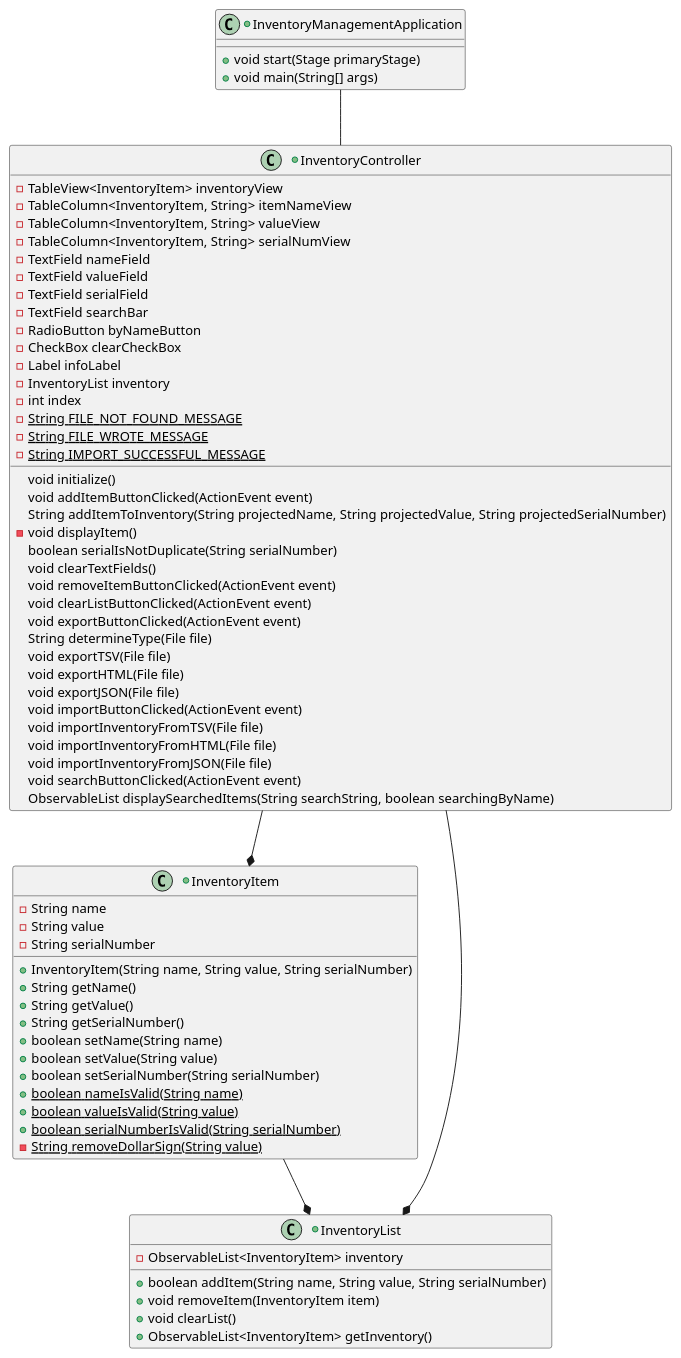
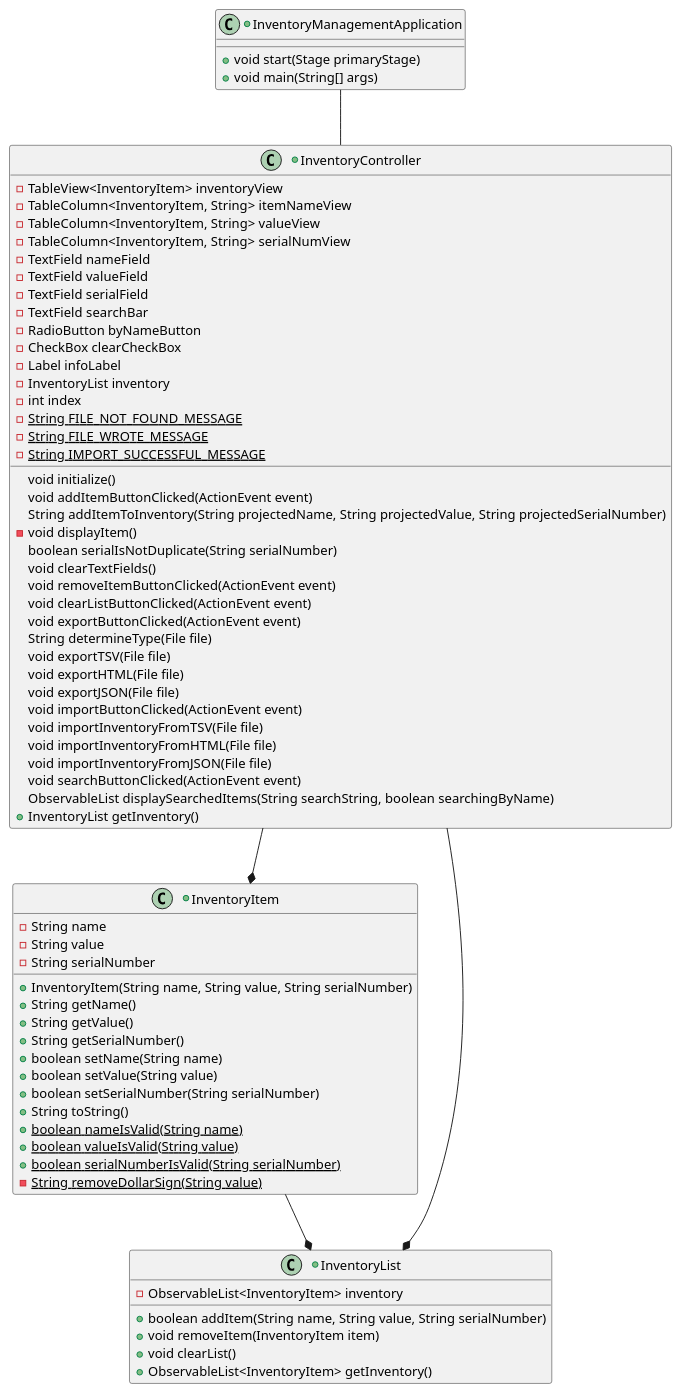
One commit to peteperri/perri-app2 changed the diagram in docs/app2Diagram.puml. Above: the diagram before and after it, drawn with PlantUML. The commit also changed 2 other files, not shown here.

```diff
--- a/docs/app2Diagram.puml
+++ b/docs/app2Diagram.puml
@@ -1,81 +1,82 @@
 @startuml
 'https://plantuml.com/class-diagram
 
 +class InventoryManagementApplication{
 +void start(Stage primaryStage)
 +void main(String[] args)
 }
 
 +class InventoryItem{
 -String name
 -String value
 -String serialNumber
 +InventoryItem(String name, String value, String serialNumber)
 +String getName()
 +String getValue()
 +String getSerialNumber()
 +boolean setName(String name)
 +boolean setValue(String value)
 +boolean setSerialNumber(String serialNumber)
++String toString()
 +{static} boolean nameIsValid(String name)
 +{static} boolean valueIsValid(String value)
 +{static} boolean serialNumberIsValid(String serialNumber)
 -{static} String removeDollarSign(String value)
 }
 
 +class InventoryController{
 -TableView<InventoryItem> inventoryView
 -TableColumn<InventoryItem, String> itemNameView
 -TableColumn<InventoryItem, String> valueView
 -TableColumn<InventoryItem, String> serialNumView
 -TextField nameField
 -TextField valueField
 -TextField serialField
 -TextField searchBar
 -RadioButton byNameButton
 -CheckBox clearCheckBox
 -Label infoLabel
 -InventoryList inventory
 -int index
 -{static} String FILE_NOT_FOUND_MESSAGE
 -{static}  String FILE_WROTE_MESSAGE
 -{static} String IMPORT_SUCCESSFUL_MESSAGE
 
 void initialize()
 void addItemButtonClicked(ActionEvent event)
 String addItemToInventory(String projectedName, String projectedValue, String projectedSerialNumber)
 -void displayItem()
 boolean serialIsNotDuplicate(String serialNumber)
 void clearTextFields()
 void removeItemButtonClicked(ActionEvent event)
 void clearListButtonClicked(ActionEvent event)
 void exportButtonClicked(ActionEvent event)
 String determineType(File file)
 void exportTSV(File file)
 void exportHTML(File file)
 void exportJSON(File file)
 void importButtonClicked(ActionEvent event)
 void importInventoryFromTSV(File file)
 void importInventoryFromHTML(File file)
 void importInventoryFromJSON(File file)
 void searchButtonClicked(ActionEvent event)
 ObservableList displaySearchedItems(String searchString, boolean searchingByName)
-
++InventoryList getInventory()
 }
 
 +class InventoryList{
 - ObservableList<InventoryItem> inventory
 +boolean addItem(String name, String value, String serialNumber)
 +void removeItem(InventoryItem item)
 +void clearList()
 +ObservableList<InventoryItem> getInventory()
 }
 
 
 InventoryManagementApplication -- InventoryController
 InventoryController --* InventoryItem
 InventoryController --* InventoryList
 InventoryItem --* InventoryList
 
 
 @enduml
```
